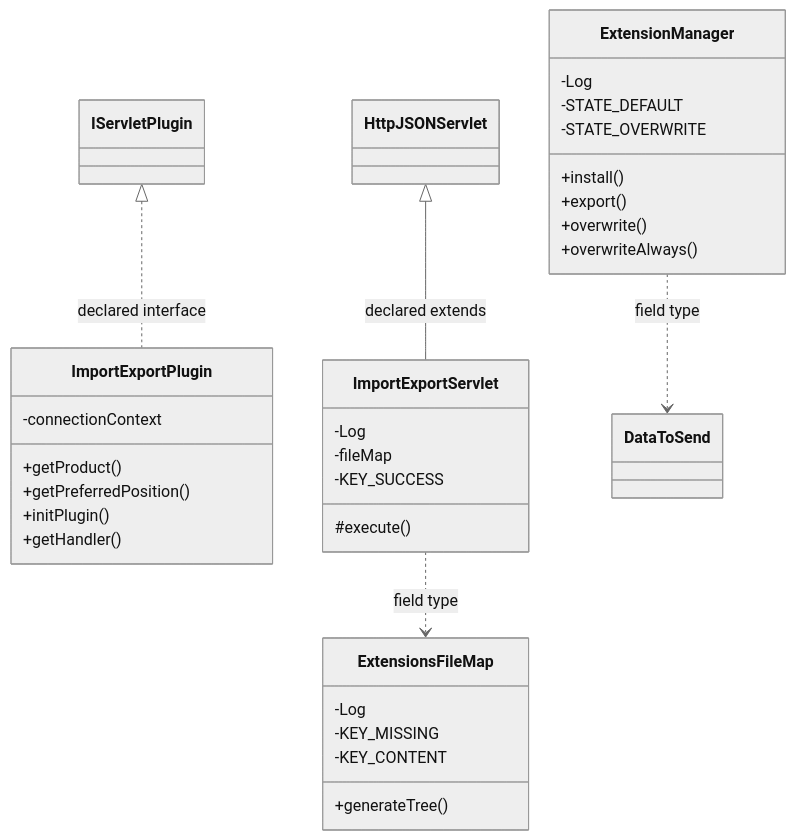
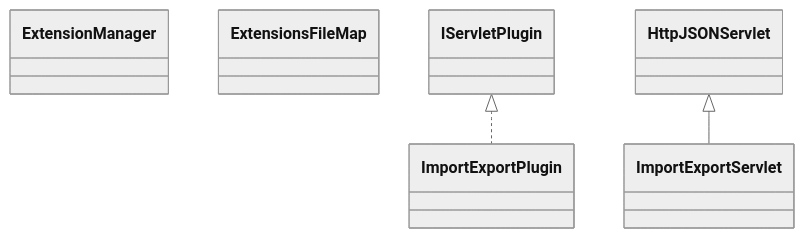
Before and after one commit to haruperi/HaruQuantAI: the diagram in docs/sqx/CodeEditor/CodeEditorImportExport.md, drawn with Mermaid (neutral theme). The commit also changed other lines of this file and 1688 other files, not shown here.

````diff
--- a/docs/sqx/CodeEditor/CodeEditorImportExport.md
+++ b/docs/sqx/CodeEditor/CodeEditorImportExport.md
@@ -30,38 +26,11 @@
 ```mermaid
 classDiagram
-    class Cb8775fa5d589["ExtensionManager"] {
-        -Log
-        -STATE_DEFAULT
-        -STATE_OVERWRITE
-        +install()
-        +export()
-        +overwrite()
-        +overwriteAlways()
-    }
-    class C5b9c3427d14d["ExtensionsFileMap"] {
-        -Log
-        -KEY_MISSING
-        -KEY_CONTENT
-        +generateTree()
-    }
-    class C86c32e8e00c6["ImportExportPlugin"] {
-        -connectionContext
-        +getProduct()
-        +getPreferredPosition()
-        +initPlugin()
-        +getHandler()
-    }
-    class C29b97a193005["ImportExportServlet"] {
-        -Log
-        -fileMap
-        -KEY_SUCCESS
-        #execute()
-    }
-    class C6128eed56b6d["DataToSend"]
-    class C249b5c671b1a["IServletPlugin"]
-    class C8900f90ae594["HttpJSONServlet"]
-    Cb8775fa5d589 ..> C6128eed56b6d : field type
-    C249b5c671b1a <|.. C86c32e8e00c6 : declared interface
-    C8900f90ae594 <|-- C29b97a193005 : declared extends
-    C29b97a193005 ..> C5b9c3427d14d : field type
+    class C0["ExtensionManager"]
+    class C1["ExtensionsFileMap"]
+    class C2["ImportExportPlugin"]
+    class C3["ImportExportServlet"]
+    class E0["IServletPlugin"]
+    E0 <|.. C2
+    class E1["HttpJSONServlet"]
+    E1 <|-- C3
 ```
````
